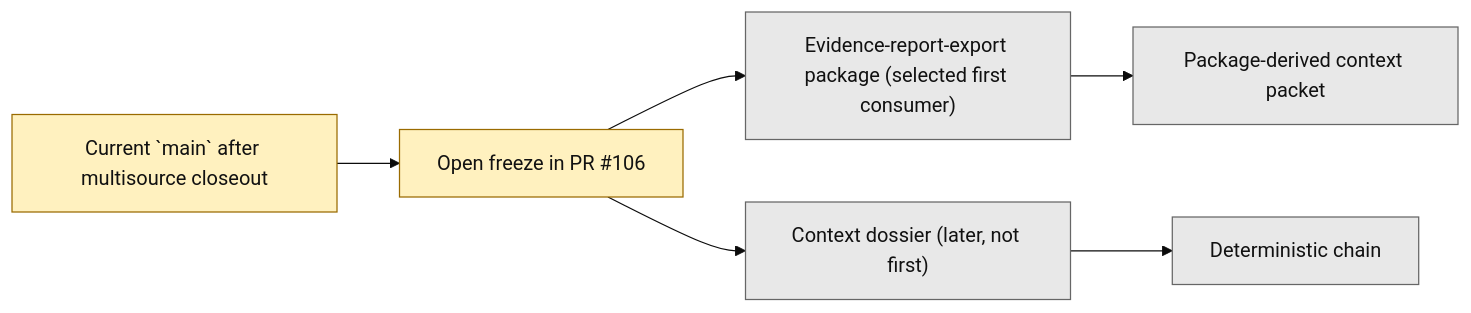
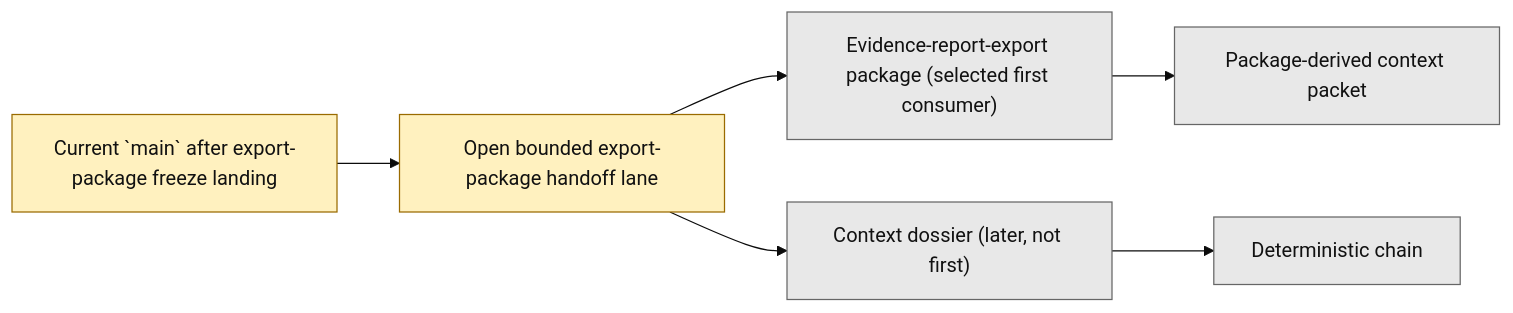
The second of 2 diagrams in next_milestone_plans/layer3_progress_board.md (benjmcd/project6_REPO_MCP_FOLDER), drawn with Mermaid (base theme) before and after one commit. The commit also changed other lines of this file and 8 other files, not shown here.

Commit message:
docs(layer3): align post-pr106 export-package freeze landing

````diff
--- a/next_milestone_plans/layer3_progress_board.md
+++ b/next_milestone_plans/layer3_progress_board.md
@@ -99,14 +100,14 @@
 ```mermaid
 flowchart LR
-    A["Current `main` after multisource closeout"] --> B["Open freeze in PR #106"]
+    A["Current `main` after export-package freeze landing"] --> B["Open bounded export-package handoff lane"]
     B --> C["Evidence-report-export package (selected first consumer)"]
     B --> D["Context dossier (later, not first)"]
     C --> E["Package-derived context packet"]
     D --> F["Deterministic chain"]
 
     classDef next fill:#fff1bf,stroke:#9a6b00,color:#111;
     classDef future fill:#e8e8e8,stroke:#666,color:#111;
 
     class A,B next;
     class C,D,E,F future;
 ```
````
